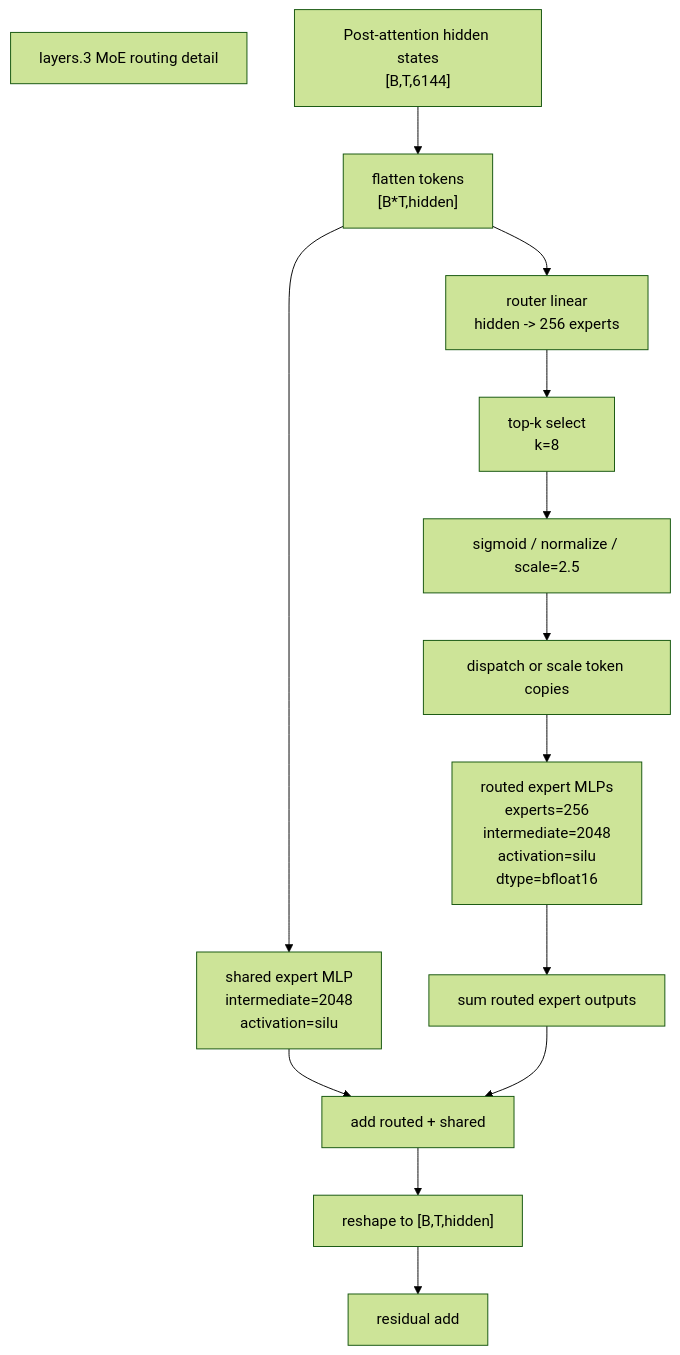
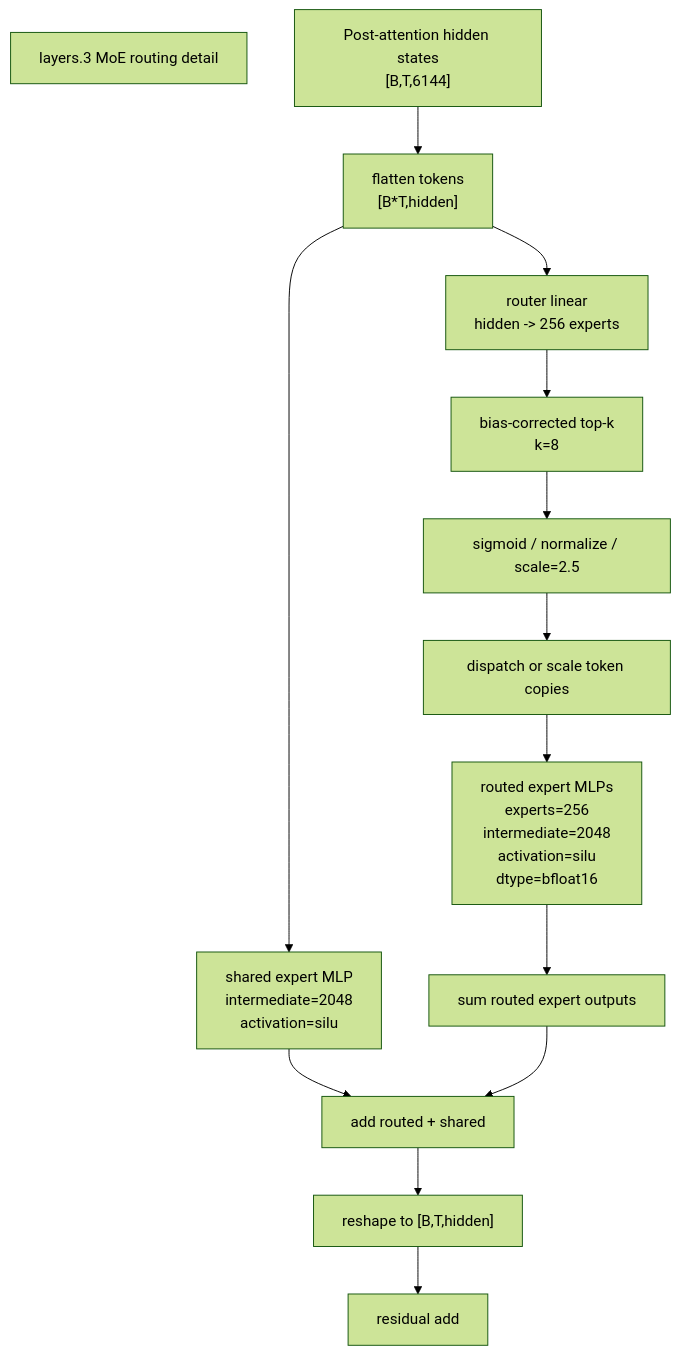
The diagram in outputs/zai-org_GLM-5/details/layer_3/moe.mmd (husterZC/LLM-Analyzer), drawn with Mermaid (forest theme) before and after one commit. The commit also changed 87 other files, not shown here.

```diff
--- a/outputs/zai-org_GLM-5/details/layer_3/moe.mmd
+++ b/outputs/zai-org_GLM-5/details/layer_3/moe.mmd
@@ -1,14 +1,14 @@
 flowchart TD
   title["layers.3 MoE routing detail"]
   x["Post-attention hidden states\n[B,T,6144]"] --> flat["flatten tokens\n[B*T,hidden]"]
   flat --> router["router linear\nhidden -> 256 experts"]
-  router --> topk["top-k select\nk=8"]
+  router --> topk["bias-corrected top-k\nk=8"]
   topk --> score["sigmoid / normalize / scale=2.5"]
   score --> dispatch["dispatch or scale token copies"]
   dispatch --> experts["routed expert MLPs\nexperts=256\nintermediate=2048\nactivation=silu\ndtype=bfloat16"]
   experts --> reduce["sum routed expert outputs"]
   flat --> shared["shared expert MLP\nintermediate=2048\nactivation=silu"]
   shared --> add
   reduce --> add["add routed + shared"]
   add --> output["reshape to [B,T,hidden]"]
   output --> residual["residual add"]
```
